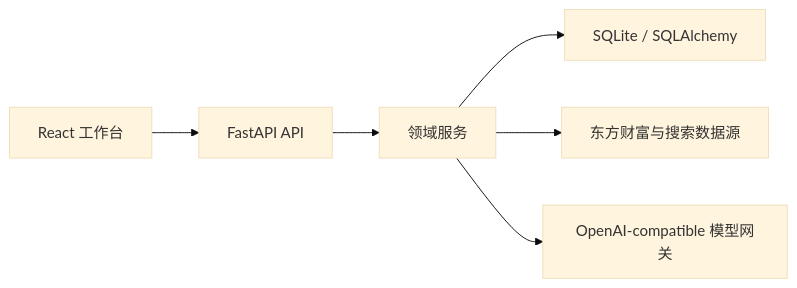
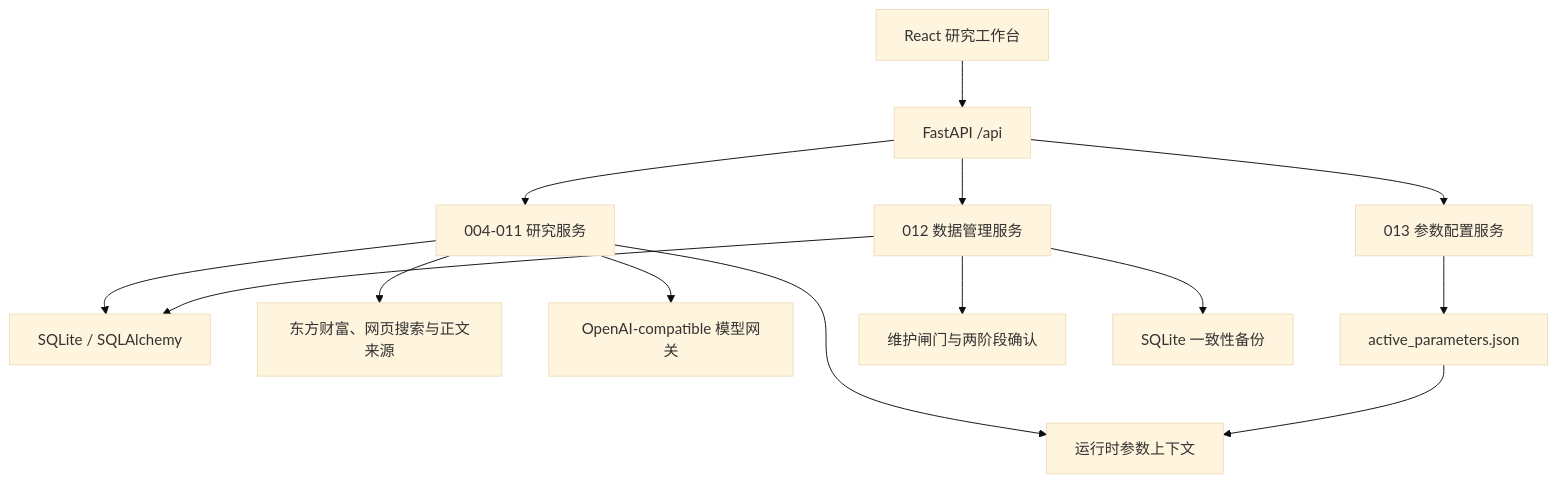
The first of 2 diagrams in memory/001_价值投资分析师系统架构.md (lzccc666/Value_Investment), drawn with Mermaid (base theme) before and after one commit. The commit also changed other lines of this file and 71 other files, not shown here.

````diff
--- a/memory/001_价值投资分析师系统架构.md
+++ b/memory/001_价值投资分析师系统架构.md
@@ -11,8 +11,16 @@
 ```mermaid
-flowchart LR
-    UI["React 工作台"] --> API["FastAPI API"]
-    API --> Services["领域服务"]
-    Services --> DB["SQLite / SQLAlchemy"]
-    Services --> Sources["东方财富与搜索数据源"]
-    Services --> Model["OpenAI-compatible 模型网关"]
+flowchart TB
+    UI["React 研究工作台"] --> API["FastAPI /api"]
+    API --> Research["004-011 研究服务"]
+    API --> Config["013 参数配置服务"]
+    API --> Ops["012 数据管理服务"]
+    Research --> DB["SQLite / SQLAlchemy"]
+    Research --> Sources["东方财富、网页搜索与正文来源"]
+    Research --> Model["OpenAI-compatible 模型网关"]
+    Research --> Runtime["运行时参数上下文"]
+    Config --> SourceConfig["active_parameters.json"]
+    SourceConfig --> Runtime
+    Ops --> Gate["维护闸门与两阶段确认"]
+    Ops --> DB
+    Ops --> Backup["SQLite 一致性备份"]
 ```
````
